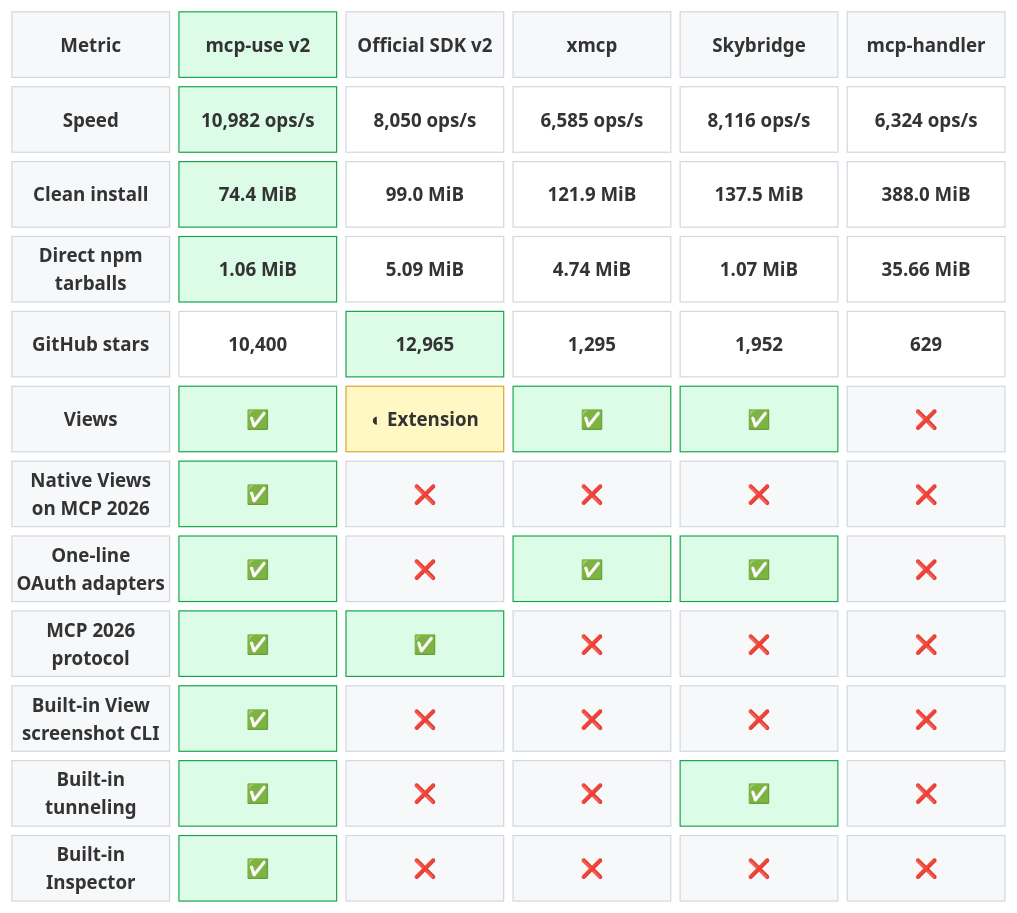
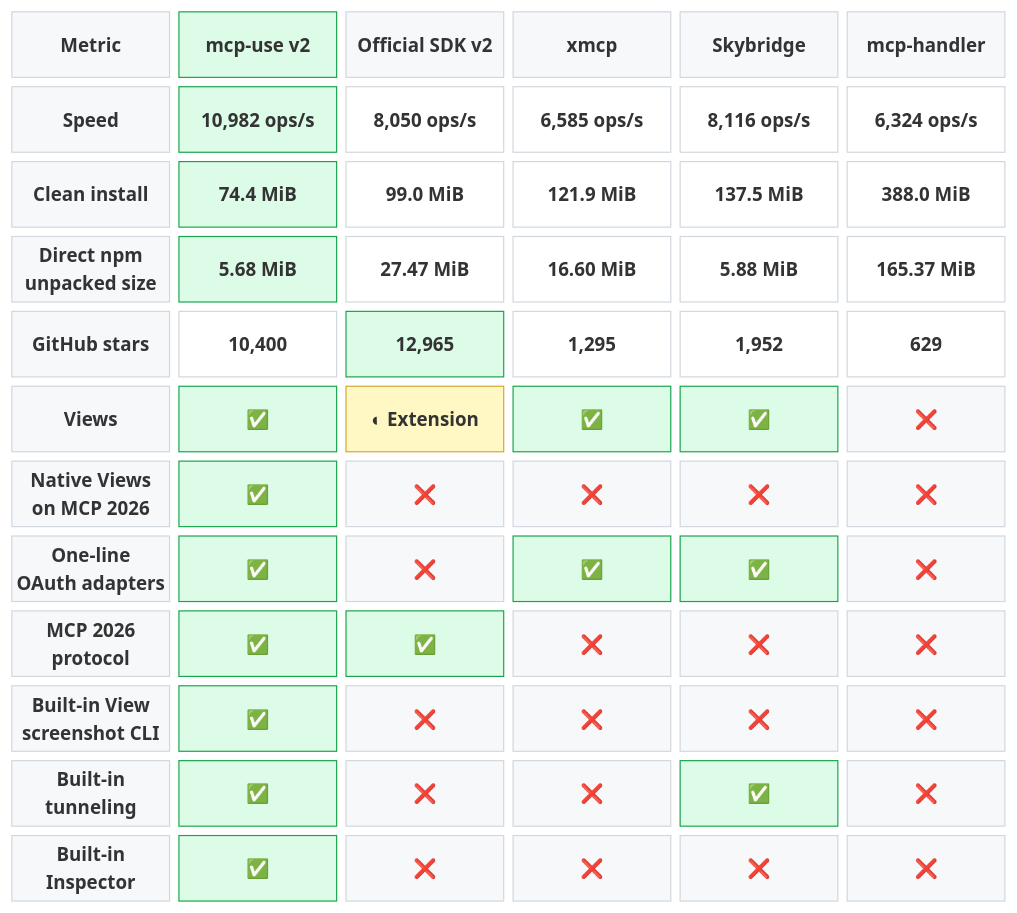
The first of 2 diagrams in README.md (mcp-use/mcp-use), drawn with Mermaid before and after one commit. The commit also changed other lines of this file, not shown here.

Commit message:
docs: compare unpacked npm footprint

````diff
--- a/README.md
+++ b/README.md
@@ -248,34 +248,34 @@
 ```mermaid
 block-beta
   columns 6
 
   metric["Metric"] mcp["mcp-use v2"] official["Official SDK v2"] xmcp["xmcp"] skybridge["Skybridge"] handler["mcp-handler"]
 
   speed["Speed"] speedMcp["10,982 ops/s"] speedOfficial["8,050 ops/s"] speedXmcp["6,585 ops/s"] speedSkybridge["8,116 ops/s"] speedHandler["6,324 ops/s"]
   install["Clean install"] installMcp["74.4 MiB"] installOfficial["99.0 MiB"] installXmcp["121.9 MiB"] installSkybridge["137.5 MiB"] installHandler["388.0 MiB"]
-  tarballs["Direct npm<br/>tarballs"] tarballsMcp["1.06 MiB"] tarballsOfficial["5.09 MiB"] tarballsXmcp["4.74 MiB"] tarballsSkybridge["1.07 MiB"] tarballsHandler["35.66 MiB"]
+  unpacked["Direct npm<br/>unpacked size"] unpackedMcp["5.68 MiB"] unpackedOfficial["27.47 MiB"] unpackedXmcp["16.60 MiB"] unpackedSkybridge["5.88 MiB"] unpackedHandler["165.37 MiB"]
   stars["GitHub stars"] starsMcp["10,400"] starsOfficial["12,965"] starsXmcp["1,295"] starsSkybridge["1,952"] starsHandler["629"]
   views["Views"] viewsMcp["✅"] viewsOfficial["◐ Extension"] viewsXmcp["✅"] viewsSkybridge["✅"] viewsHandler["❌"]
   nativeViews["Native Views<br/>on MCP 2026"] nativeViewsMcp["✅"] nativeViewsOfficial["❌"] nativeViewsXmcp["❌"] nativeViewsSkybridge["❌"] nativeViewsHandler["❌"]
   oauth["One-line<br/>OAuth adapters"] oauthMcp["✅"] oauthOfficial["❌"] oauthXmcp["✅"] oauthSkybridge["✅"] oauthHandler["❌"]
   protocol["MCP 2026<br/>protocol"] protocolMcp["✅"] protocolOfficial["✅"] protocolXmcp["❌"] protocolSkybridge["❌"] protocolHandler["❌"]
   screenshot["Built-in View<br/>screenshot CLI"] screenshotMcp["✅"] screenshotOfficial["❌"] screenshotXmcp["❌"] screenshotSkybridge["❌"] screenshotHandler["❌"]
   tunnel["Built-in<br/>tunneling"] tunnelMcp["✅"] tunnelOfficial["❌"] tunnelXmcp["❌"] tunnelSkybridge["✅"] tunnelHandler["❌"]
   inspector["Built-in<br/>Inspector"] inspectorMcp["✅"] inspectorOfficial["❌"] inspectorXmcp["❌"] inspectorSkybridge["❌"] inspectorHandler["❌"]
 
   classDef label fill:#f6f8fa,stroke:#d0d7de,color:#1f2328,font-weight:bold
   classDef brand fill:#dcfce7,stroke:#16a34a,color:#166534,font-weight:bold
   classDef header fill:#f6f8fa,stroke:#d0d7de,color:#1f2328,font-weight:bold
   classDef value fill:#ffffff,stroke:#d0d7de,color:#1f2328
   classDef leader fill:#dcfce7,stroke:#16a34a,color:#166534,font-weight:bold
   classDef partial fill:#fff8c5,stroke:#d4a72c,color:#633c01,font-weight:bold
   classDef unavailable fill:#f6f8fa,stroke:#d0d7de,color:#6e7781
 
-  class metric,speed,install,tarballs,stars,views,nativeViews,oauth,protocol,screenshot,tunnel,inspector label
+  class metric,speed,install,unpacked,stars,views,nativeViews,oauth,protocol,screenshot,tunnel,inspector label
   class mcp brand
   class official,xmcp,skybridge,handler header
-  class speedOfficial,speedXmcp,speedSkybridge,speedHandler,installOfficial,installXmcp,installSkybridge,installHandler,tarballsOfficial,tarballsXmcp,tarballsSkybridge,tarballsHandler,starsMcp,starsXmcp,starsSkybridge,starsHandler value
-  class speedMcp,installMcp,tarballsMcp,starsOfficial,viewsMcp,viewsXmcp,viewsSkybridge,nativeViewsMcp,oauthMcp,oauthXmcp,oauthSkybridge,protocolMcp,protocolOfficial,screenshotMcp,tunnelMcp,tunnelSkybridge,inspectorMcp leader
+  class speedOfficial,speedXmcp,speedSkybridge,speedHandler,installOfficial,installXmcp,installSkybridge,installHandler,unpackedOfficial,unpackedXmcp,unpackedSkybridge,unpackedHandler,starsMcp,starsXmcp,starsSkybridge,starsHandler value
+  class speedMcp,installMcp,unpackedMcp,starsOfficial,viewsMcp,viewsXmcp,viewsSkybridge,nativeViewsMcp,oauthMcp,oauthXmcp,oauthSkybridge,protocolMcp,protocolOfficial,screenshotMcp,tunnelMcp,tunnelSkybridge,inspectorMcp leader
   class viewsOfficial partial
   class viewsHandler,nativeViewsOfficial,nativeViewsXmcp,nativeViewsSkybridge,nativeViewsHandler,oauthOfficial,oauthHandler,protocolXmcp,protocolSkybridge,protocolHandler,screenshotOfficial,screenshotXmcp,screenshotSkybridge,screenshotHandler,tunnelOfficial,tunnelXmcp,tunnelHandler,inspectorOfficial,inspectorXmcp,inspectorSkybridge,inspectorHandler unavailable
 ```
````
